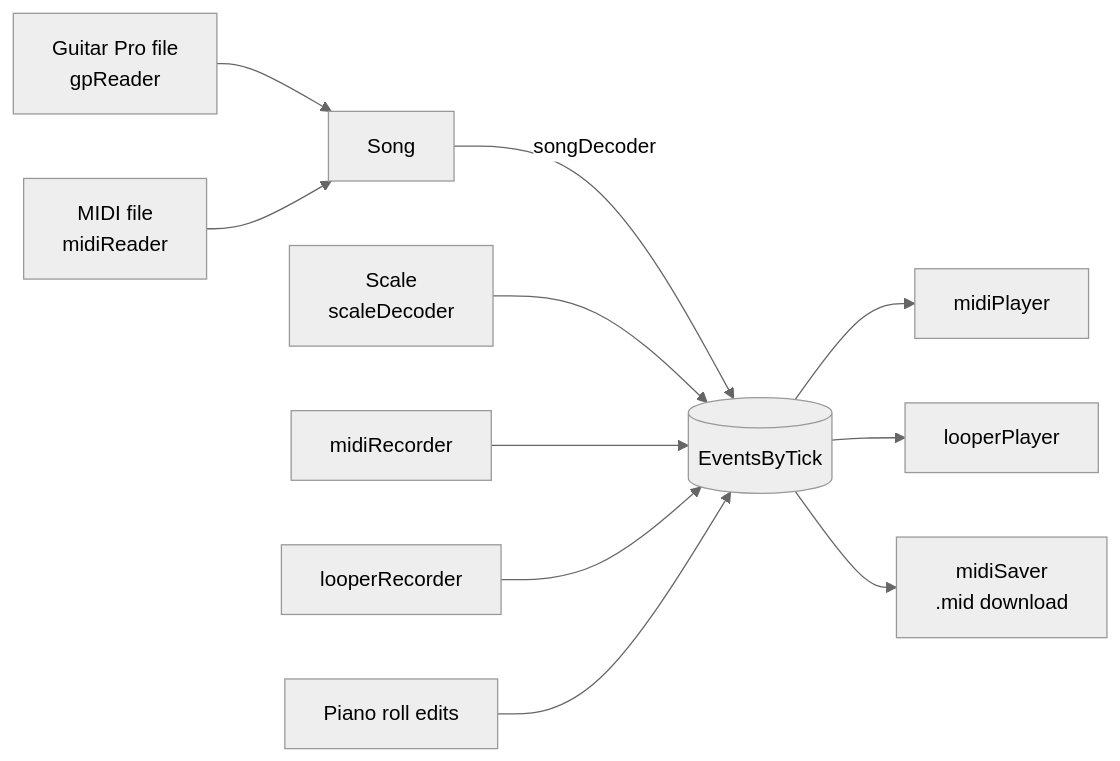
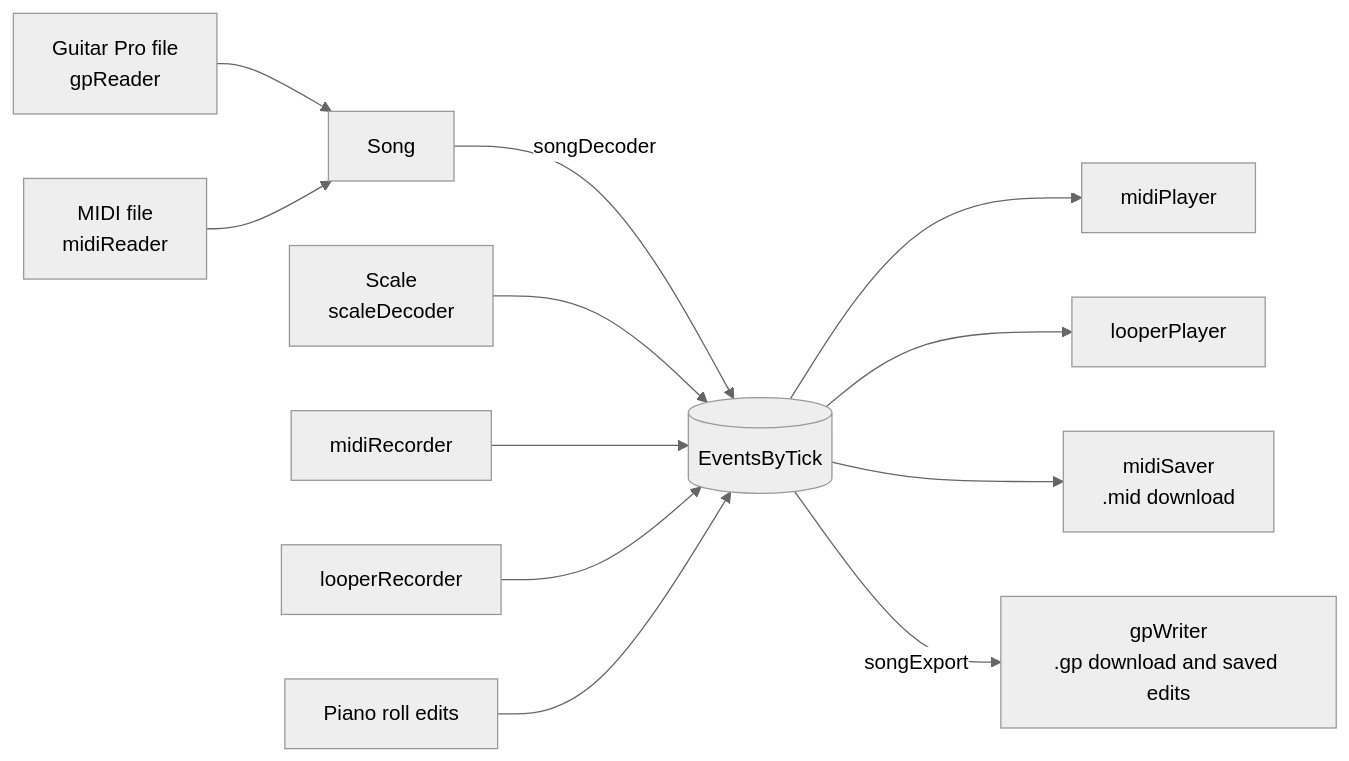
The fifth of 11 diagrams in docs/architecture.md (oleg-chibikov/guitar-upscale), drawn with Mermaid (neutral theme) before and after one commit. The commit also changed other lines of this file and 26 other files, not shown here.

First line of the commit message:
Download songs as Guitar Pro and save piano roll edits

````diff
--- a/docs/architecture.md
+++ b/docs/architecture.md
@@ -216,13 +216,14 @@
 ```mermaid
 flowchart LR
   GP["Guitar Pro file<br/>gpReader"] --> SONG["Song"]
   MID["MIDI file<br/>midiReader"] --> SONG
   SONG -->|songDecoder| E[(EventsByTick)]
   SC["Scale<br/>scaleDecoder"] --> E
   REC["midiRecorder"] --> E
   LOOP["looperRecorder"] --> E
   PR["Piano roll edits"] --> E
   E --> MP["midiPlayer"]
   E --> LP["looperPlayer"]
   E --> SAVE["midiSaver<br/>.mid download"]
+  E -->|songExport| GPW["gpWriter<br/>.gp download and saved edits"]
 ```
````
